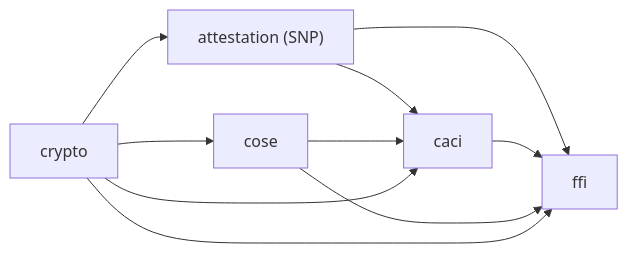
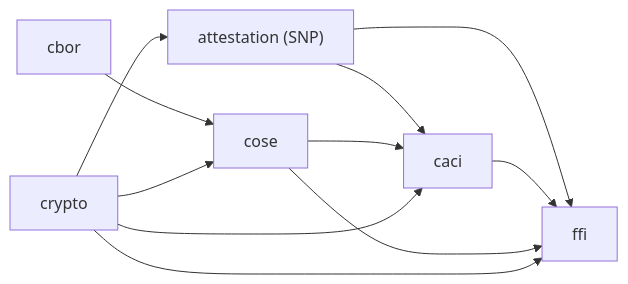
The diagram in README.md (cjen1-msft/TEE-Attestation-Verification), drawn with Mermaid before and after one commit. The commit also changed other lines of this file and 19 other files, not shown here.

````diff
--- a/README.md
+++ b/README.md
@@ -32,18 +35,20 @@
 ```mermaid
 flowchart LR
     attestation["attestation (SNP)"]
     caci[caci]
+    cbor[cbor]
     cose[cose]
     crypto[crypto]
     ffi[ffi]
 
     crypto --> attestation
     attestation --> caci
     cose --> caci
     crypto --> caci
+    cbor --> cose
     crypto --> cose
     attestation --> ffi
     caci --> ffi
     cose --> ffi
     crypto --> ffi
 ```
````
